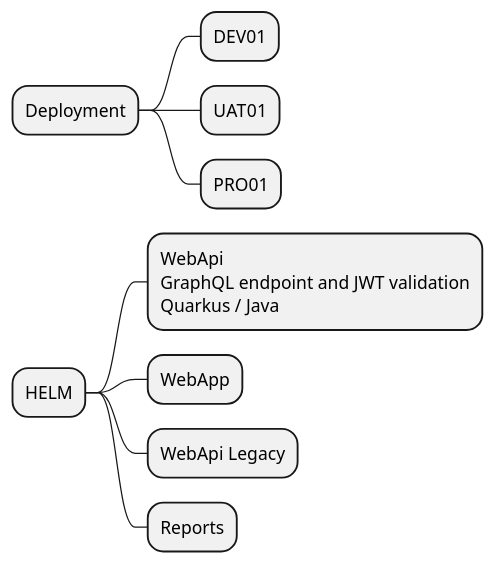
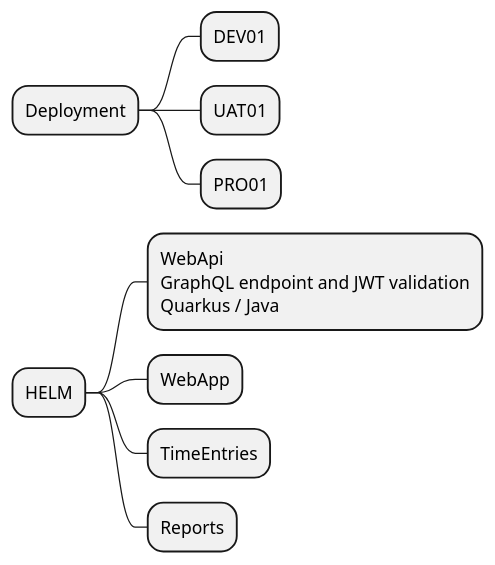
Before and after one commit to onlexnet/sin-net-reports: the diagram in deploy/README.puml, drawn with PlantUML. The commit also changed 19 other files, not shown here.

```diff
--- a/deploy/README.puml
+++ b/deploy/README.puml
@@ -1,13 +1,13 @@
 @startmindmap
 * Deployment
 ** DEV01
 ** UAT01
 ** PRO01
 * HELM
 **:WebApi
 GraphQL endpoint and JWT validation
 Quarkus / Java;
 ** WebApp
-** WebApi Legacy
+** TimeEntries
 ** Reports
 @endmindmap
```
